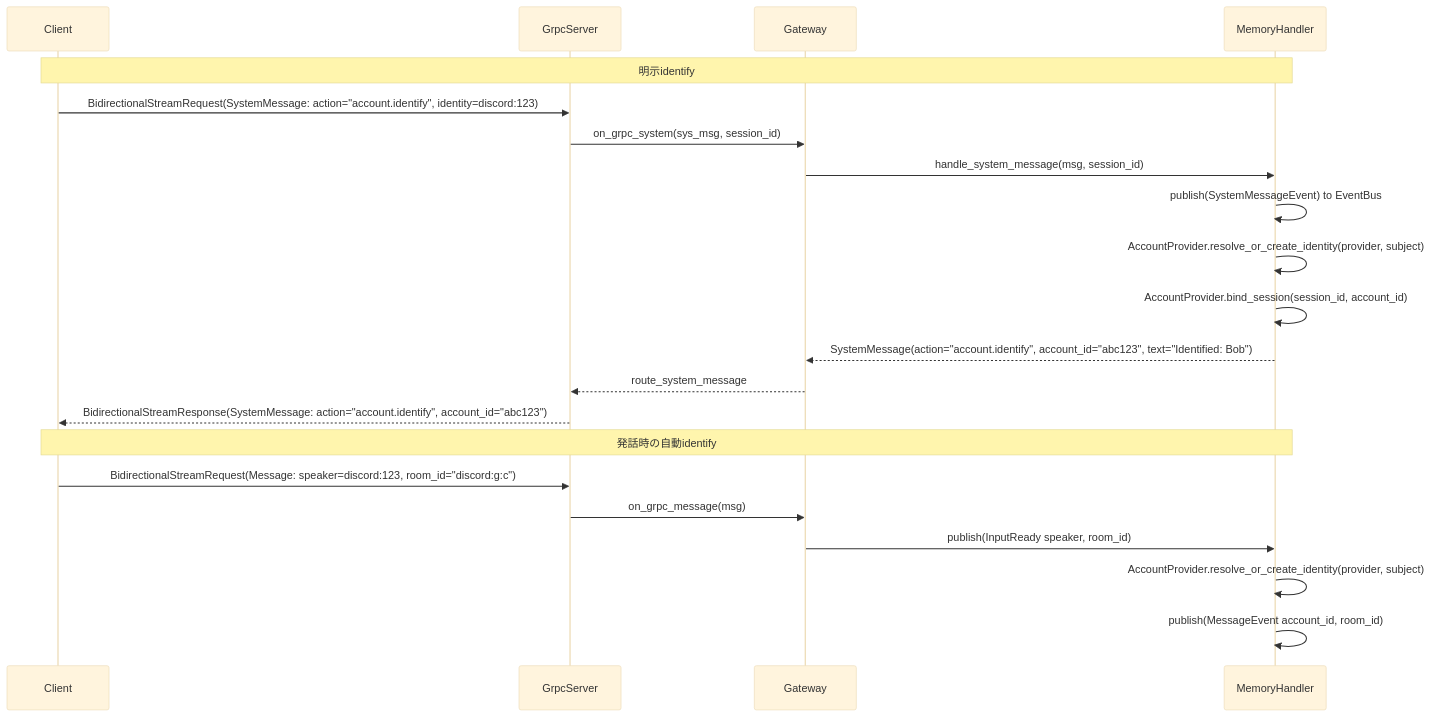
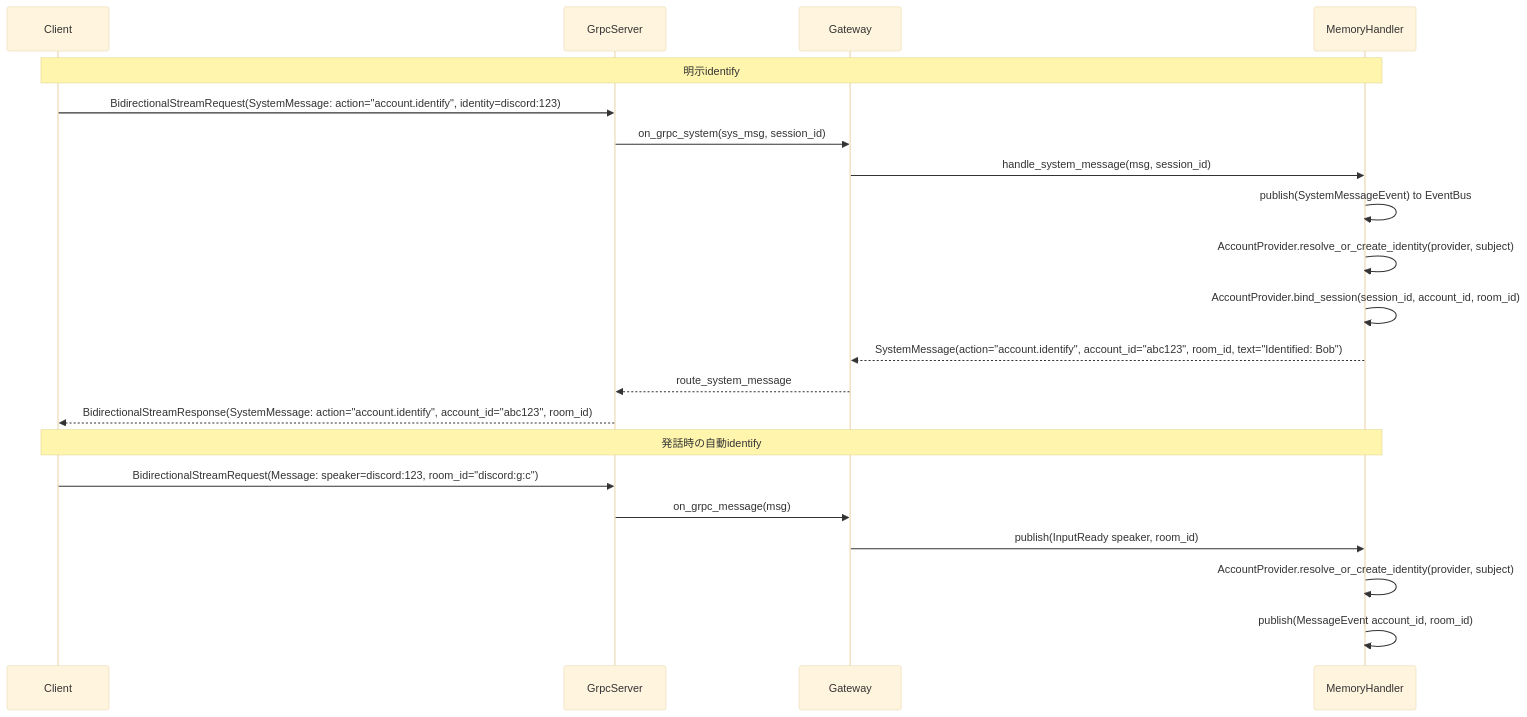
One commit to ibukani/iris-mind changed the third of 3 diagrams in docs/ipc-spec.md. Above: the diagram before and after it, drawn with Mermaid (base theme). The commit also changed other lines of this file and 20 other files, not shown here.

````diff
--- a/docs/ipc-spec.md
+++ b/docs/ipc-spec.md
@@ -245,25 +246,25 @@
 ```mermaid
 sequenceDiagram
     participant Client
     participant Server as GrpcServer
     participant GW as Gateway
     participant Handler as MemoryHandler
 
     Note over Client,Handler: 明示identify
     Client->>Server: BidirectionalStreamRequest(SystemMessage: action="account.identify", identity=discord:123)
     Server->>GW: on_grpc_system(sys_msg, session_id)
     GW->>Handler: handle_system_message(msg, session_id)
     Handler->>Handler: publish(SystemMessageEvent) to EventBus
     Handler->>Handler: AccountProvider.resolve_or_create_identity(provider, subject)
-    Handler->>Handler: AccountProvider.bind_session(session_id, account_id)
-    Handler-->>GW: SystemMessage(action="account.identify", account_id="abc123", text="Identified: Bob")
+    Handler->>Handler: AccountProvider.bind_session(session_id, account_id, room_id)
+    Handler-->>GW: SystemMessage(action="account.identify", account_id="abc123", room_id, text="Identified: Bob")
     GW-->>Server: route_system_message
-    Server-->>Client: BidirectionalStreamResponse(SystemMessage: action="account.identify", account_id="abc123")
+    Server-->>Client: BidirectionalStreamResponse(SystemMessage: action="account.identify", account_id="abc123", room_id)
 
     Note over Client,Handler: 発話時の自動identify
     Client->>Server: BidirectionalStreamRequest(Message: speaker=discord:123, room_id="discord:g:c")
     Server->>GW: on_grpc_message(msg)
     GW->>Handler: publish(InputReady speaker, room_id)
     Handler->>Handler: AccountProvider.resolve_or_create_identity(provider, subject)
     Handler->>Handler: publish(MessageEvent account_id, room_id)
 ```
````
